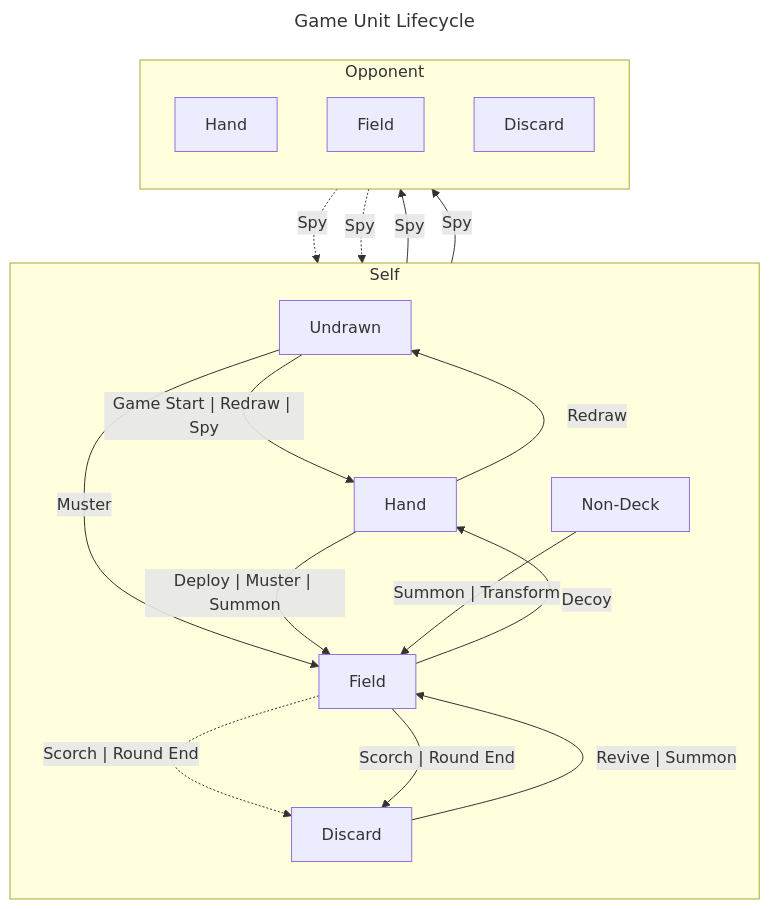
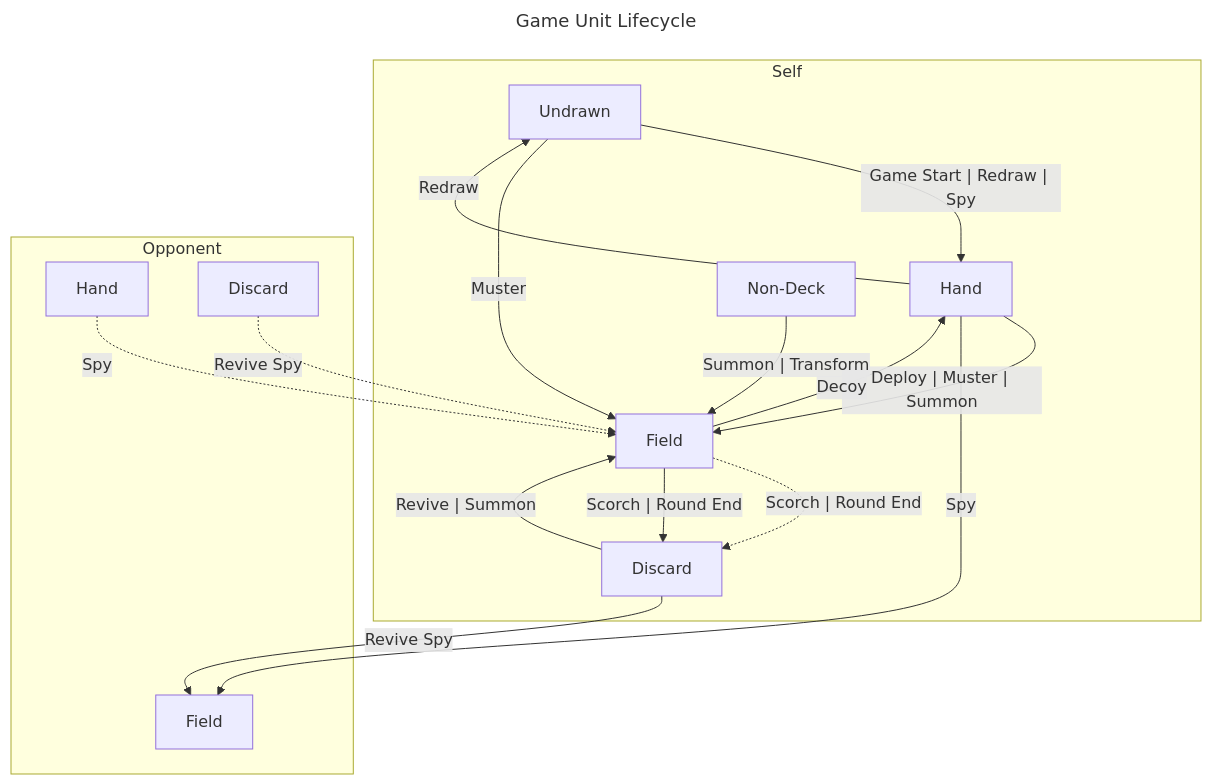
The diagram in architecture/game-unit-lifecycle.md (aboe026/gwent-oss), drawn with Mermaid before and after one commit. The commit also changed 142 other files, not shown here.

````diff
--- a/architecture/game-unit-lifecycle.md
+++ b/architecture/game-unit-lifecycle.md
@@ -7,25 +7,23 @@
 ```mermaid
 ---
 title: Game Unit Lifecycle
 ---
 flowchart TB
   subgraph Self
-    direction TB
     undrawn[Undrawn] --> |Game Start #124; Redraw #124; Spy| hand[Hand]
     undrawn --> |Muster| field[Field]
     hand --> |Redraw| undrawn
     hand --> |Deploy #124; Muster #124; Summon | field[Field]
     field --> |Decoy| hand
     nonDeck[Non-Deck] --> |Summon #124; Transform| field[Field]
     field -.-> |Scorch #124; Round End| discard
     field --> |Scorch #124; Round End| discard[Discard]
     discard --> |Revive #124; Summon| field
   end
   subgraph Opponent
-    direction TB
     opponentHand[Hand] -.-> |Spy| field[Field]
     hand --> |Spy| opponentField[Field]
-    discard --> |Spy| opponentField[Field]
-    opponentDiscard[Discard] -.-> |Spy| field[Field]
+    discard --> |Revive Spy| opponentField[Field]
+    opponentDiscard[Discard] -.-> |Revive Spy| field[Field]
   end
 ```
````
